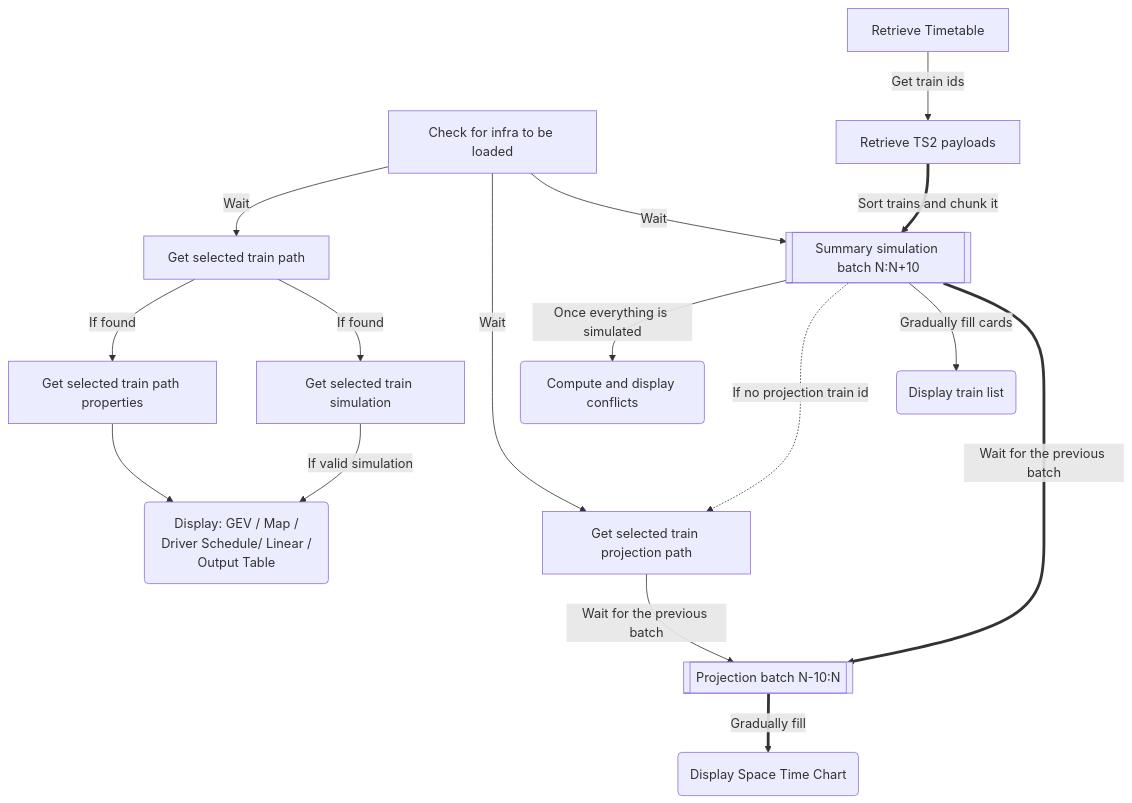
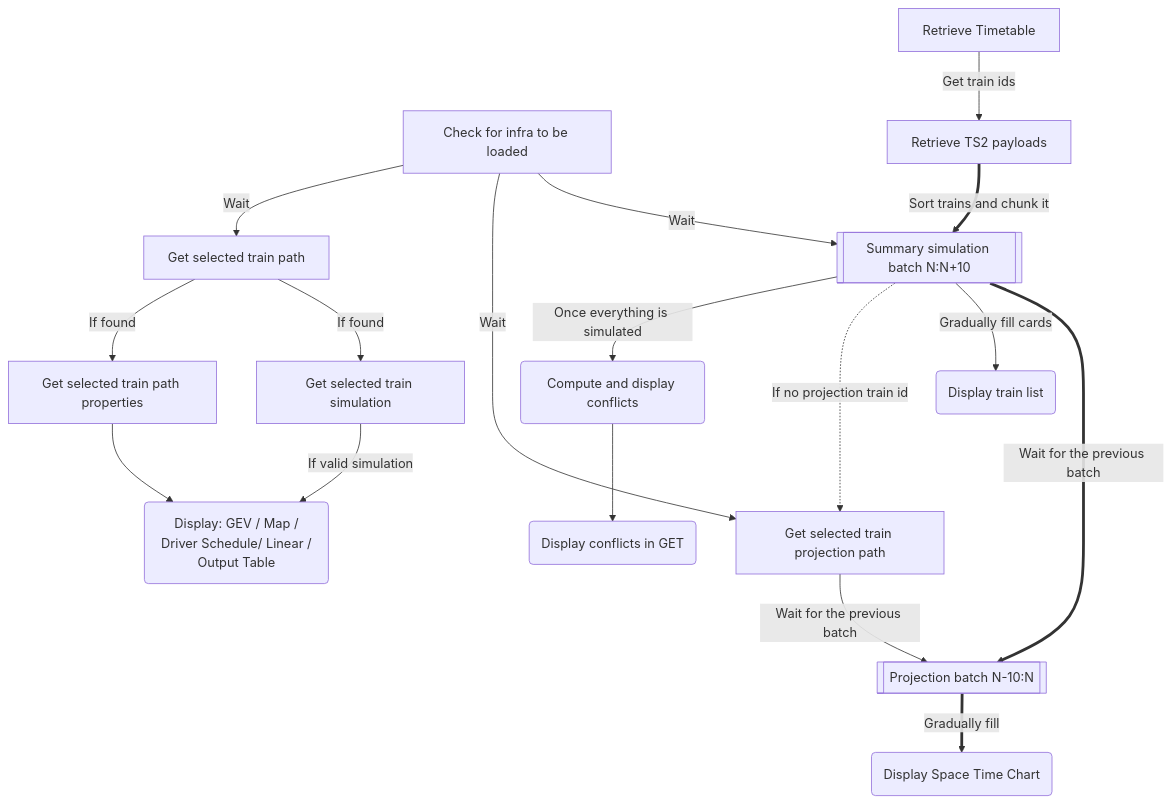
The diagram in content/docs/reference/design-docs/timetable/index.en.md (OpenRailAssociation/osrd-website), drawn with Mermaid before and after one commit.

Commit message:
doc: add conflict projection to front workflow

````diff
--- a/content/docs/reference/design-docs/timetable/index.en.md
+++ b/content/docs/reference/design-docs/timetable/index.en.md
@@ -280,32 +280,35 @@
 ```mermaid
 flowchart TB
     InfraLoaded[Check for infra to be loaded]
     RetrieveTimetable[Retrieve Timetable]
     RetrieveTrains[Retrieve TS2 payloads]
     SummarySimulation[[Summary simulation batch N:N+10]]
     TrainProjectionPath[Get selected train projection path]
     Projection[[Projection batch N-10:N]]
     TrainSimulation[Get selected train simulation]
     TrainPath[Get selected train path]
     TrainPathProperties[Get selected train path properties]
     DisplayGev(Display: GEV / Map /\n Driver Schedule/ Linear / Output Table)
     DisplayGet(Display Space Time Chart)
     DisplayTrainList(Display train list)
     Conflicts(Compute and display conflicts)
+    ProjectConflitcs(Display conflicts in GET)
+
 
     InfraLoaded -->|Wait| SummarySimulation
     InfraLoaded -->|Wait| TrainProjectionPath
     InfraLoaded -->|Wait| TrainPath
     TrainPath -->|If found| TrainSimulation
     TrainPath -->|If found| TrainPathProperties
     RetrieveTimetable -->|Get train ids| RetrieveTrains
     RetrieveTrains ==>|Sort trains and chunk it| SummarySimulation
     SummarySimulation ==>|Wait for the previous batch| Projection
     SummarySimulation -->|Gradually fill cards| DisplayTrainList
     TrainPathProperties -->| | DisplayGev
     TrainSimulation -->|If valid simulation| DisplayGev
     TrainProjectionPath -->|Wait for the previous batch| Projection
     SummarySimulation -..->|If no projection train id| TrainProjectionPath
     Projection ==>|Gradually fill| DisplayGet
     SummarySimulation -->|Once everything is simulated| Conflicts
+    Conflicts --> ProjectConflitcs
 ```
````
